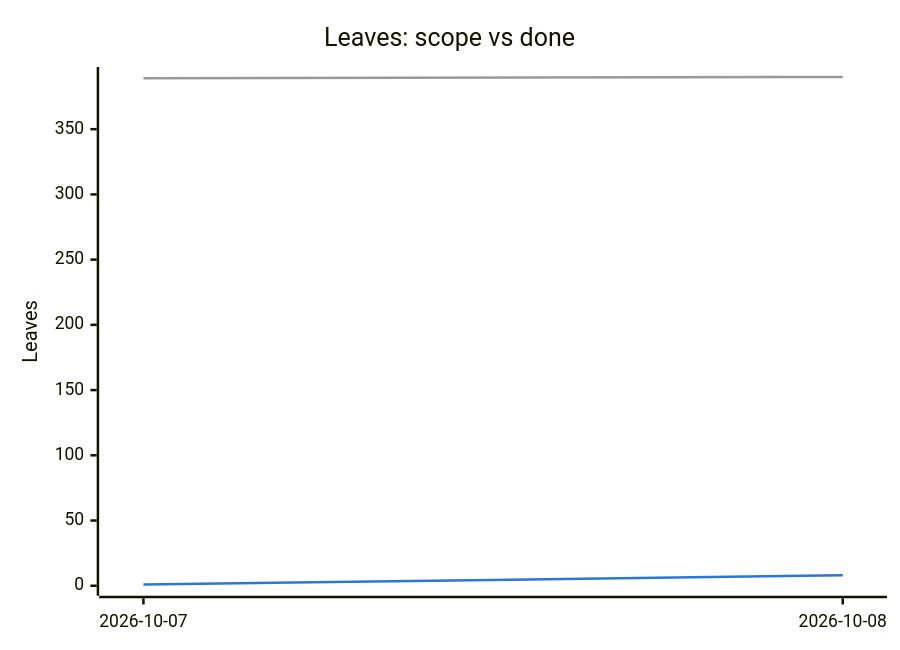
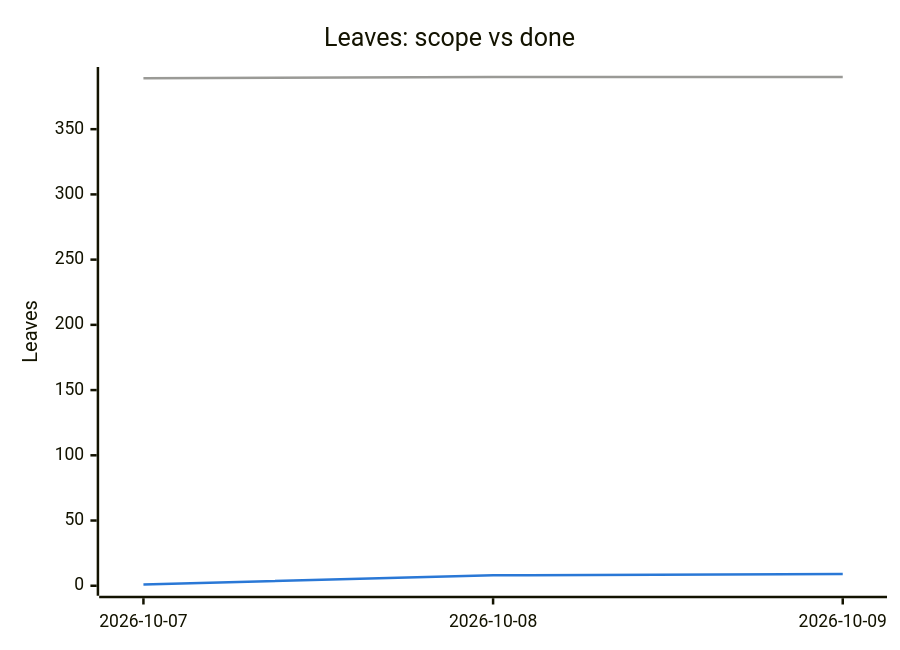
The second of 2 diagrams in PROGRESS.md (tomiok/persiaDB), drawn with Mermaid before and after one commit. The commit also changed other lines of this file and 3 other files, not shown here.

Commit message:
docs: README stub (ROADMAP 0.1.3.2)

````diff
--- a/PROGRESS.md
+++ b/PROGRESS.md
@@ -106,14 +106,14 @@
 ```mermaid
 ---
 config:
   themeVariables:
     xyChart:
       plotColorPalette: "#9a9a96, #2a78d6"
 ---
 xychart-beta
   title "Leaves: scope vs done"
-  x-axis ["2026-10-07", "2026-10-08"]
+  x-axis ["2026-10-07", "2026-10-08", "2026-10-09"]
   y-axis "Leaves" 0 --> 390
-  line [389, 390]
-  line [1, 8]
+  line [389, 390, 390]
+  line [1, 8, 9]
 ```
````
